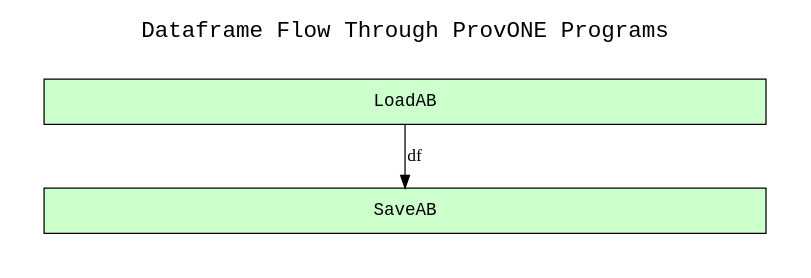
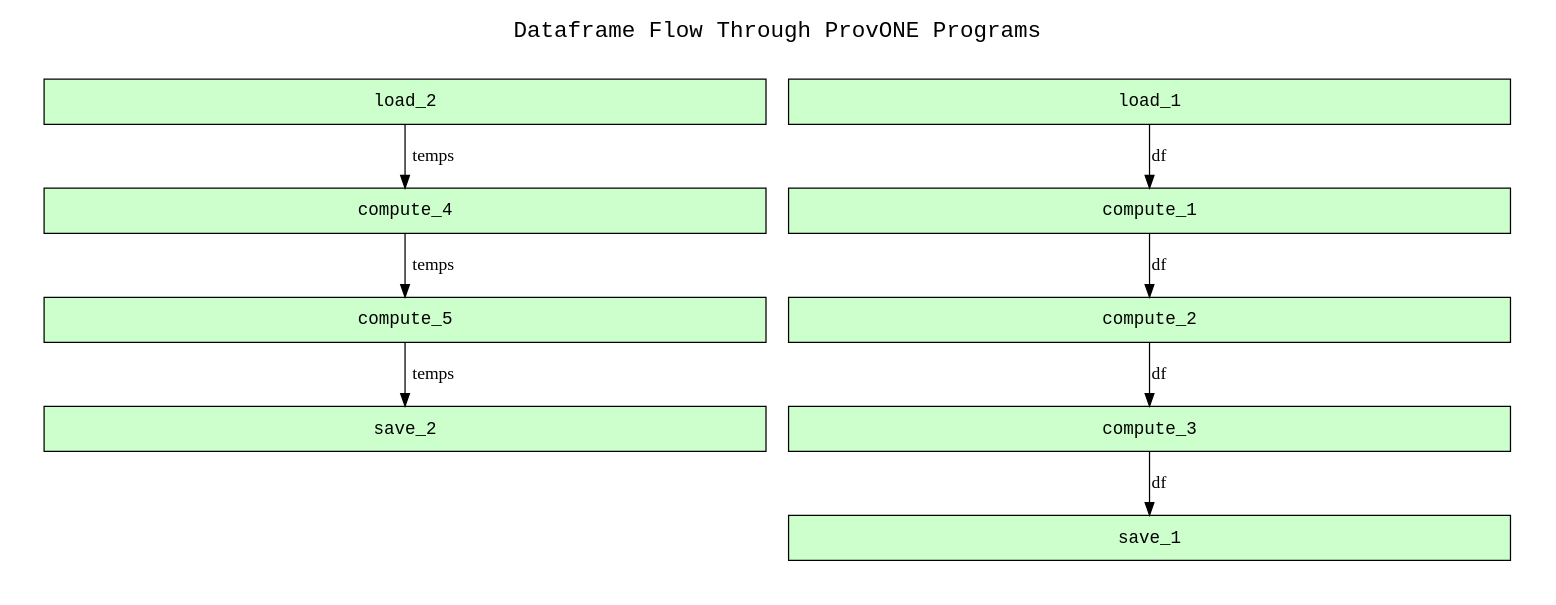
The diagram in examples/06-provone-construct/outputs/GRAPH-1.gv (CIRSS/sdtl-provone), drawn with Graphviz before and after one commit. The commit also changed 7 other files, not shown here.

```diff
--- a/examples/06-provone-construct/outputs/GRAPH-1.gv
+++ b/examples/06-provone-construct/outputs/GRAPH-1.gv
@@ -1,22 +1,35 @@
 
 digraph provone_workflow {
 rankdir=TB
 
 fontname=Courier; fontsize=18; labelloc=t
 label="Dataframe Flow Through ProvONE Programs"
 
 subgraph cluster_program_graph { label=""; color=white; penwidth=0
 subgraph cluster_program_graph_inner { label=""; color=white
 
 # program nodes
 node[shape=box style="filled" fillcolor="#CCFFCC" peripheries=1 fontname=Courier]
 node[width=8]
 
-"http://wholetale.org/program/1119/step/1" [label="LoadAB"]
-"http://wholetale.org/program/1119/step/8" [label="SaveAB"]
+"http://wholetale.org/program/1119/step/1" [label="load_1"]
+"http://wholetale.org/program/1119/step/2" [label="compute_1"]
+"http://wholetale.org/program/1119/step/3" [label="compute_2"]
+"http://wholetale.org/program/1119/step/4" [label="compute_3"]
+"http://wholetale.org/program/1119/step/5" [label="load_2"]
+"http://wholetale.org/program/1119/step/6" [label="compute_4"]
+"http://wholetale.org/program/1119/step/7" [label="compute_5"]
+"http://wholetale.org/program/1119/step/8" [label="save_1"]
+"http://wholetale.org/program/1119/step/9" [label="save_2"]
 
 # dataframe channels
-"http://wholetale.org/program/1119/step/1" -> "http://wholetale.org/program/1119/step/8" [label="df"]
+"http://wholetale.org/program/1119/step/1" -> "http://wholetale.org/program/1119/step/2" [label="df"]
+"http://wholetale.org/program/1119/step/2" -> "http://wholetale.org/program/1119/step/3" [label="df"]
+"http://wholetale.org/program/1119/step/3" -> "http://wholetale.org/program/1119/step/4" [label="df"]
+"http://wholetale.org/program/1119/step/5" -> "http://wholetale.org/program/1119/step/6" [label="temps"]
+"http://wholetale.org/program/1119/step/6" -> "http://wholetale.org/program/1119/step/7" [label="temps"]
+"http://wholetale.org/program/1119/step/4" -> "http://wholetale.org/program/1119/step/8" [label="df"]
+"http://wholetale.org/program/1119/step/7" -> "http://wholetale.org/program/1119/step/9" [label="temps"]
 }}
 
 }
```
